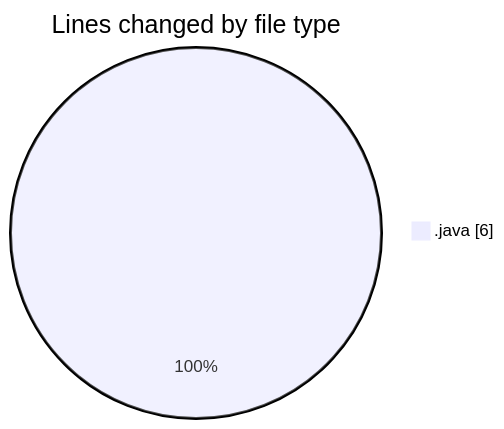
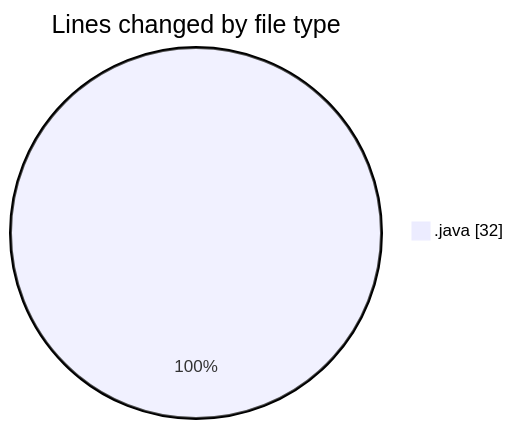
Before and after one commit to NitaiMahat/code-tracking: the first of 2 diagrams in 2025-03-08/computer_202/README.md, drawn with Mermaid. The commit also changed other lines of this file and 1 other file, not shown here.

````diff
--- a/2025-03-08/computer_202/README.md
+++ b/2025-03-08/computer_202/README.md
@@ -20,5 +20,5 @@
 ```mermaid
 pie showData
 title Lines changed by file type
-".java" : 6
+".java" : 32
 ```
````
